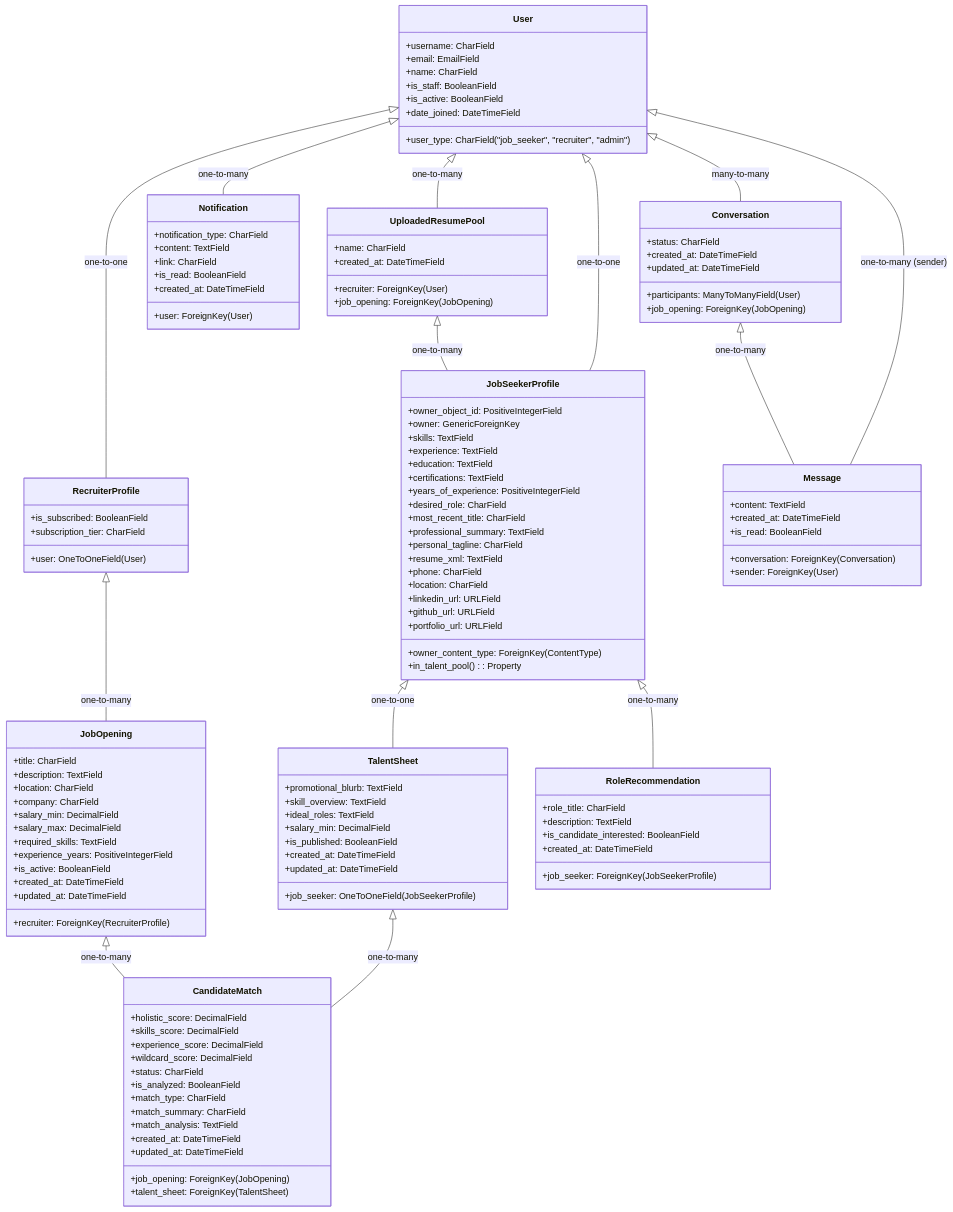
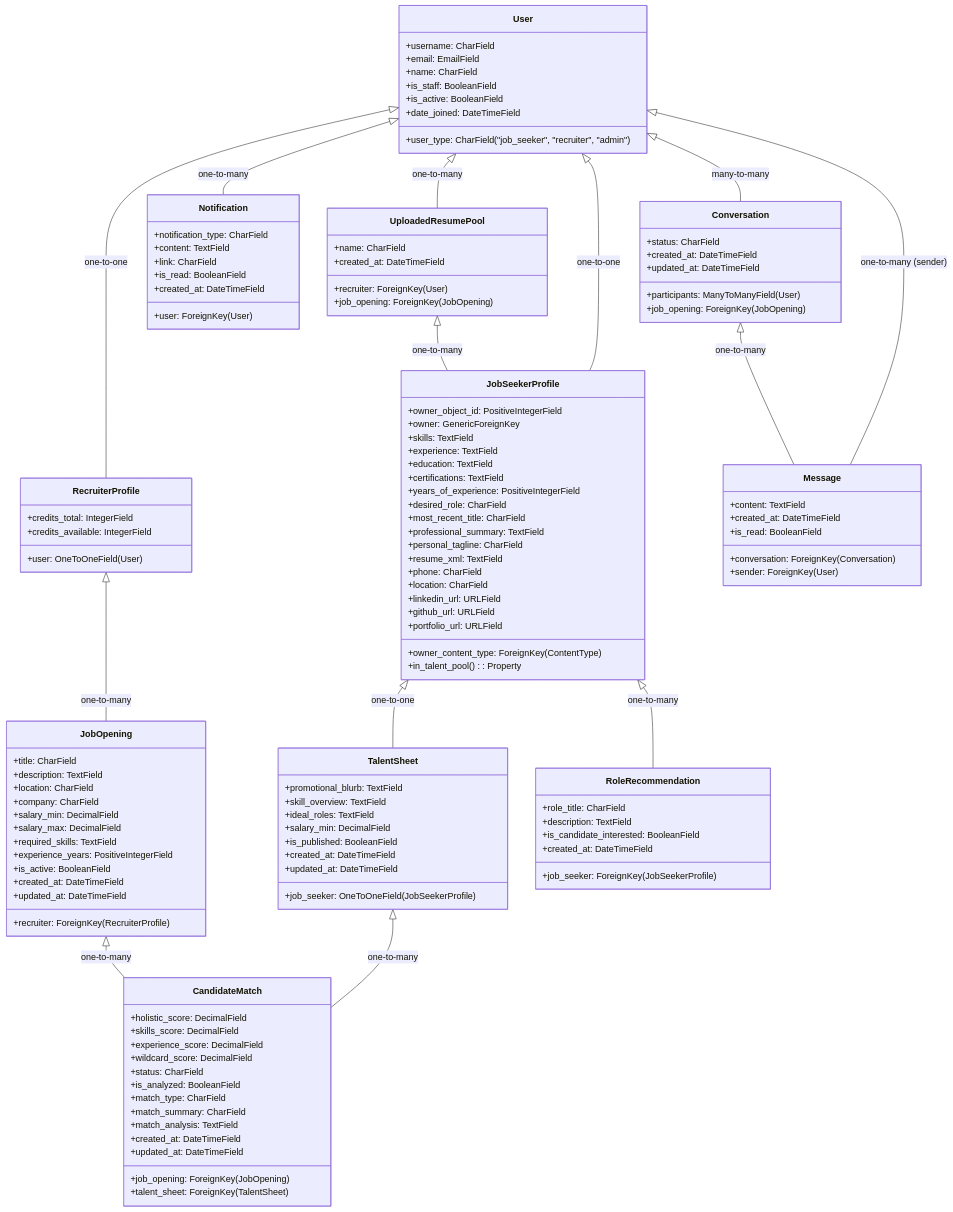
One commit to btfranklin/hiredar-saas-archive changed the diagram in docs/MODELS.md. Above: the diagram before and after it, drawn with Mermaid. The commit also changed other lines of this file and 1 other file, not shown here.

Commit message:
Update documentation to reflect the new recruiter credits system

```diff
--- a/docs/MODELS.md
+++ b/docs/MODELS.md
@@ -54,8 +54,8 @@
     
     class RecruiterProfile {
         +user: OneToOneField(User)
-        +is_subscribed: BooleanField
-        +subscription_tier: CharField
+        +credits_total: IntegerField
+        +credits_available: IntegerField
     }
     
     class JobOpening {
```
